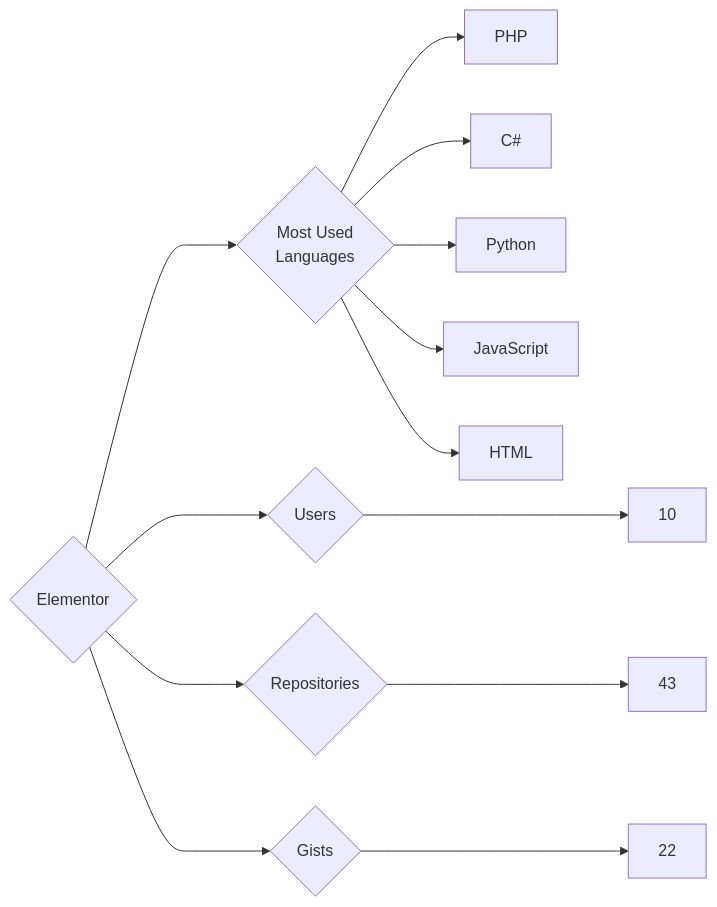
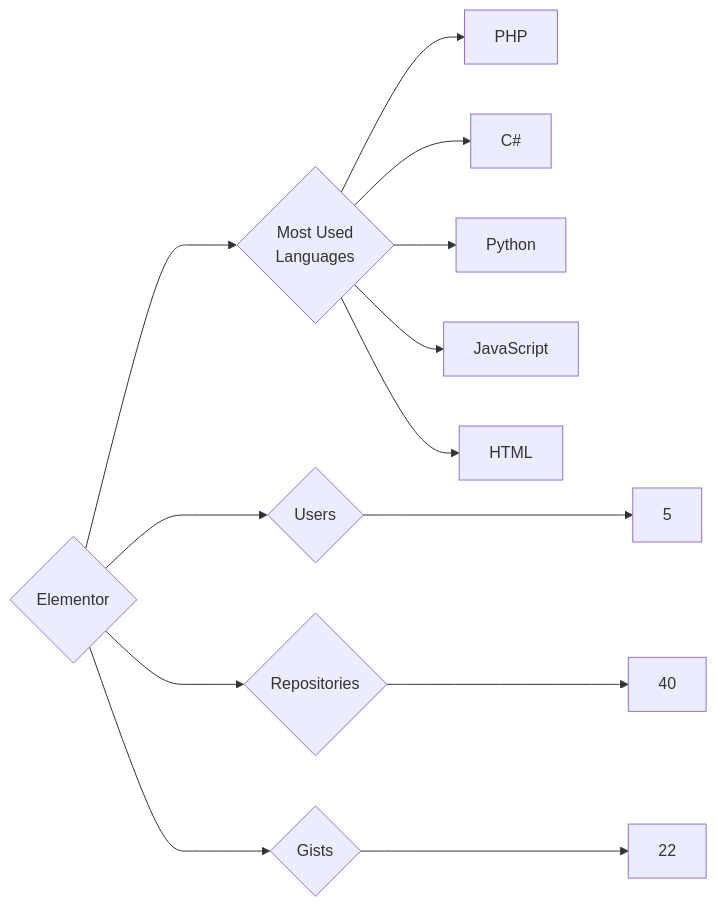
Before and after one commit to trickest/insiders: the diagram in targets/Elementor/README.md, drawn with Mermaid. The commit also changed 1195 other files, not shown here.

````diff
--- a/targets/Elementor/README.md
+++ b/targets/Elementor/README.md
@@ -3,13 +3,13 @@
 ```mermaid
 graph LR
 COMPANY_NAME{Elementor}
-COMPANY_NAME ---> U{Users} ---> UN[10]
-COMPANY_NAME ---> R{Repositories} ---> RN[43]
+COMPANY_NAME ---> U{Users} ---> UN[5]
+COMPANY_NAME ---> R{Repositories} ---> RN[40]
 COMPANY_NAME ---> G{Gists} ---> GN[22]
 COMPANY_NAME ---> ML{Most Used<br>Languages}
 ML --> PHP[PHP]
 ML --> C#[C#]
 ML --> Python[Python]
 ML --> JavaScript[JavaScript]
 ML --> HTML[HTML]
 ```
````
